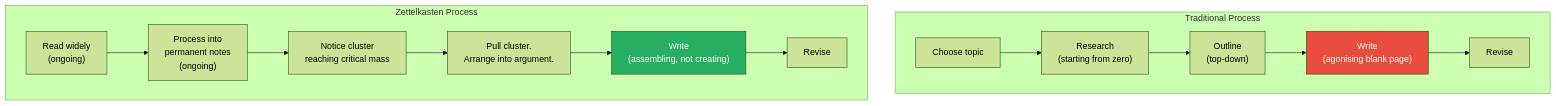
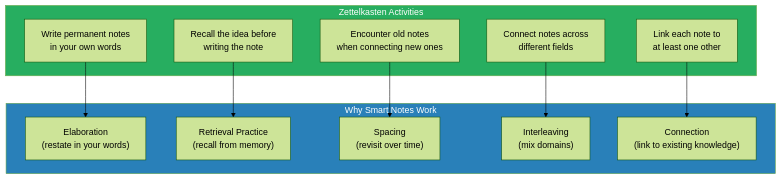
The fourth of 6 diagrams in summaries/Mindset & Self-Mastery/How to Take Smart Notes - Sonke Ahrens.md (alius33/reader), drawn with Mermaid (forest theme) before and after one commit. The commit also changed other lines of this file and 272 other files, not shown here.

````diff
--- a/summaries/Mindset & Self-Mastery/How to Take Smart Notes - Sonke Ahrens.md
+++ b/summaries/Mindset & Self-Mastery/How to Take Smart Notes - Sonke Ahrens.md
@@ -467,18 +613,24 @@
 ```mermaid
 flowchart TD
-    subgraph TRAD ["Traditional Process"]
-        T1["Choose topic"] --> T2["Research\n(starting from zero)"]
-        T2 --> T3["Outline\n(top-down)"]
-        T3 --> T4["Write\n(agonising blank page)"]
-        T4 --> T5["Revise"]
+    subgraph SCIENCE ["Why Smart Notes Work"]
+        E["Elaboration<br>(restate in your words)"]
+        R["Retrieval Practice<br>(recall from memory)"]
+        S["Spacing<br>(revisit over time)"]
+        I["Interleaving<br>(mix domains)"]
+        C["Connection<br>(link to existing knowledge)"]
     end
-    subgraph ZK ["Zettelkasten Process"]
-        Z1["Read widely\n(ongoing)"] --> Z2["Process into\npermanent notes\n(ongoing)"]
-        Z2 --> Z3["Notice cluster\nreaching critical mass"]
-        Z3 --> Z4["Pull cluster.\nArrange into argument."]
-        Z4 --> Z5["Write\n(assembling, not creating)"]
-        Z5 --> Z6["Revise"]
+    subgraph ZK ["Zettelkasten Activities"]
+        Z1["Write permanent notes<br>in your own words"]
+        Z2["Recall the idea before<br>writing the note"]
+        Z3["Encounter old notes<br>when connecting new ones"]
+        Z4["Connect notes across<br>different fields"]
+        Z5["Link each note to<br>at least one other"]
     end
-    style T4 fill:#e74c3c,color:#fff
-    style Z5 fill:#27ae60,color:#fff
+    Z1 --> E
+    Z2 --> R
+    Z3 --> S
+    Z4 --> I
+    Z5 --> C
+    style SCIENCE fill:#2980b9,color:#fff
+    style ZK fill:#27ae60,color:#fff
 ```
````
